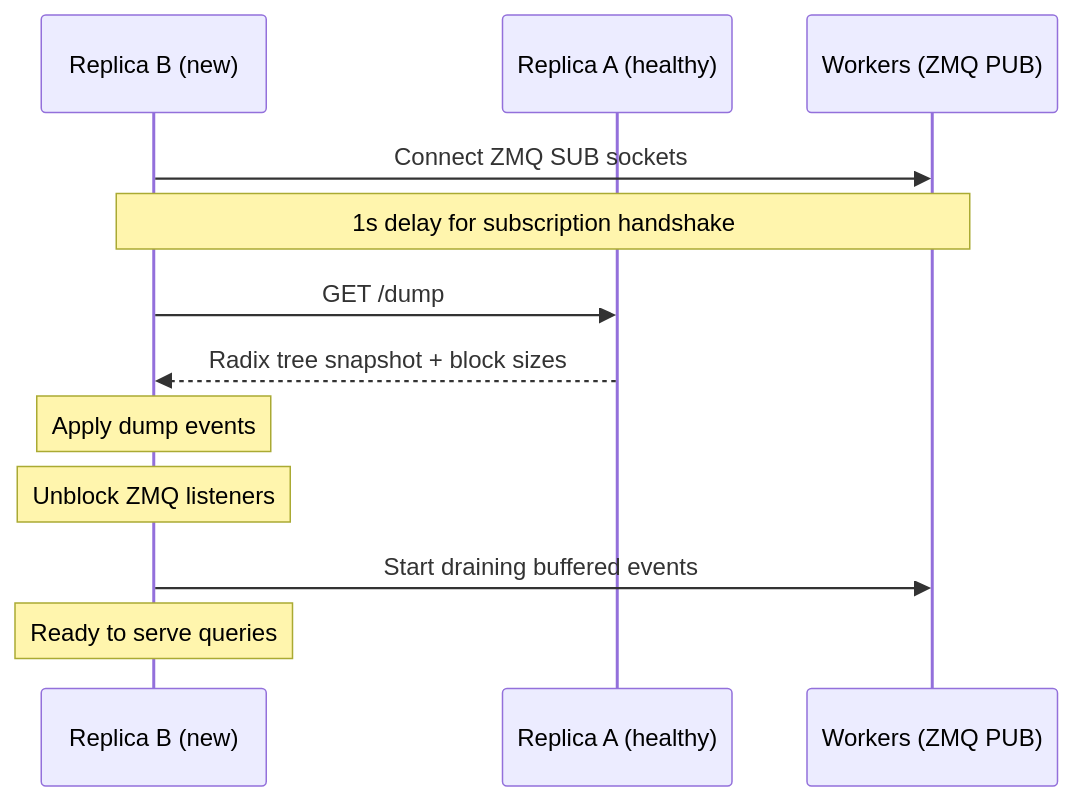
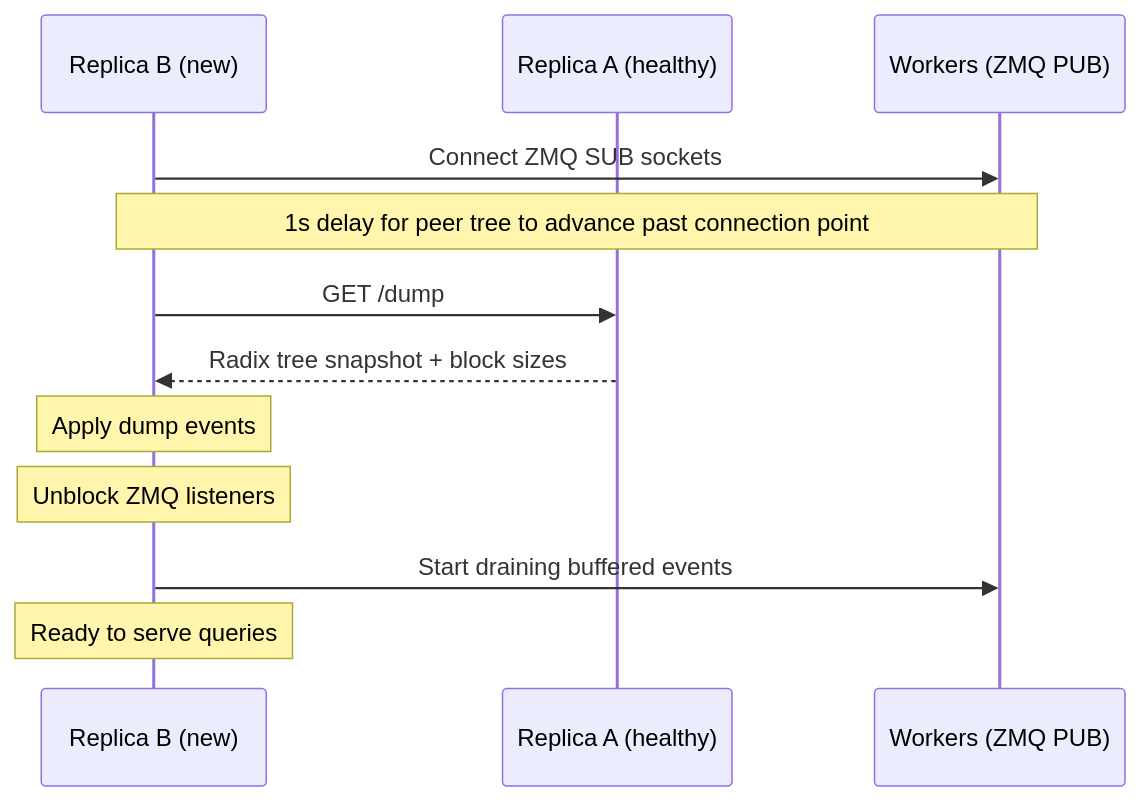
Before and after one commit to ai-dynamo/dynamo: the second of 2 diagrams in docs/components/router/standalone-indexer.md, drawn with Mermaid. The commit also changed other lines of this file and 2 other files, not shown here.

Commit message:
fix: correct 1s delay comments — it's about tree state advancement, not handshake

````diff
--- a/docs/components/router/standalone-indexer.md
+++ b/docs/components/router/standalone-indexer.md
@@ -315,15 +315,15 @@
 ```mermaid
 sequenceDiagram
     participant B as Replica B (new)
     participant A as Replica A (healthy)
     participant W as Workers (ZMQ PUB)
 
     B->>W: Connect ZMQ SUB sockets
-    Note over B,W: 1s delay for subscription handshake
+    Note over B,W: 1s delay for peer tree to advance past connection point
     B->>A: GET /dump
     A-->>B: Radix tree snapshot + block sizes
     Note over B: Apply dump events
     Note over B: Unblock ZMQ listeners
     B->>W: Start draining buffered events
     Note over B: Ready to serve queries
 ```
````
